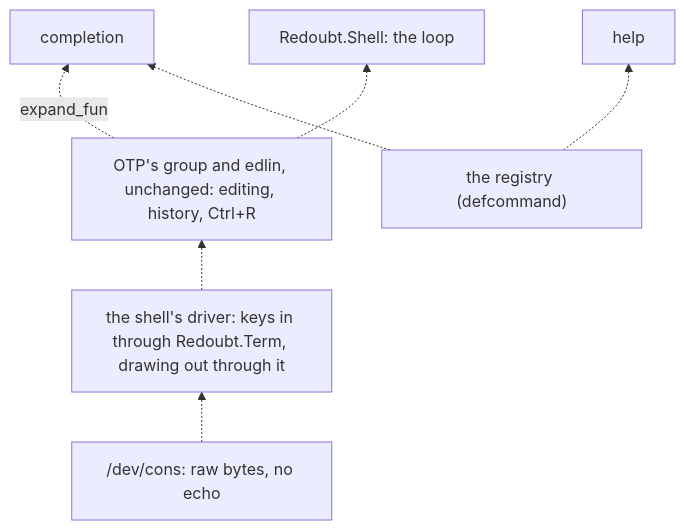
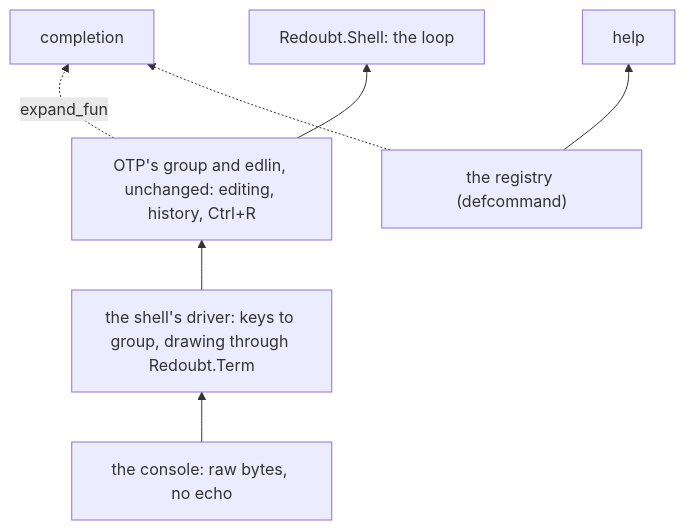
One commit to sirmick/redoubt changed the second of 2 diagrams in docs/userland/shell.md. Above: the diagram before and after it, drawn with Mermaid. The commit also changed other lines of this file and 9 other files, not shown here.

````diff
--- a/docs/userland/shell.md
+++ b/docs/userland/shell.md
@@ -423,9 +438,9 @@
 ```mermaid
 flowchart BT
-    C["/dev/cons: raw bytes, no echo"] -.-> D["the shell's driver: keys in through Redoubt.Term, drawing out through it"]
-    D -.-> G["OTP's group and edlin, unchanged: editing, history, Ctrl+R"]
+    C["the console: raw bytes, no echo"] --> D["the shell's driver: keys to group, drawing through Redoubt.Term"]
+    D --> G["OTP's group and edlin, unchanged: editing, history, Ctrl+R"]
     G -.->|"expand_fun"| CO["completion"]
-    G -.-> S["Redoubt.Shell: the loop"]
+    G --> S["Redoubt.Shell: the loop"]
     R["the registry (defcommand)"] -.-> CO
-    R -.-> HE["help"]
+    R --> HE["help"]
 ```
````
